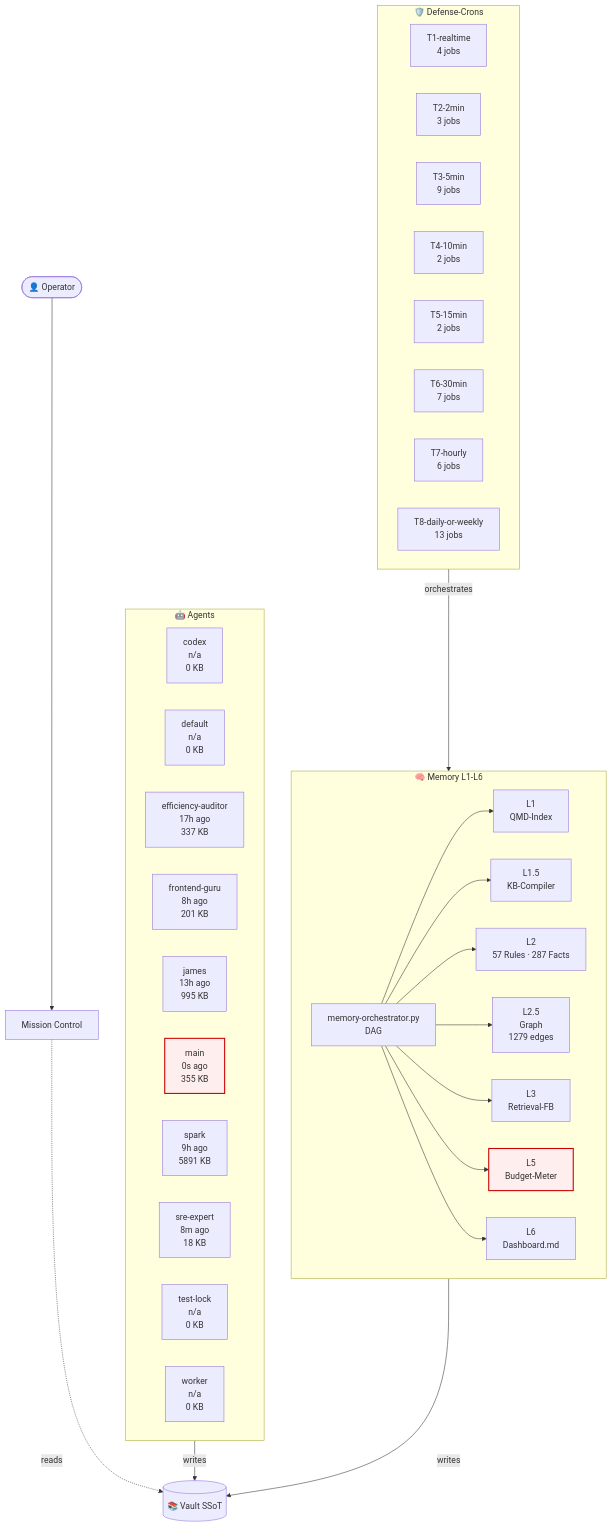
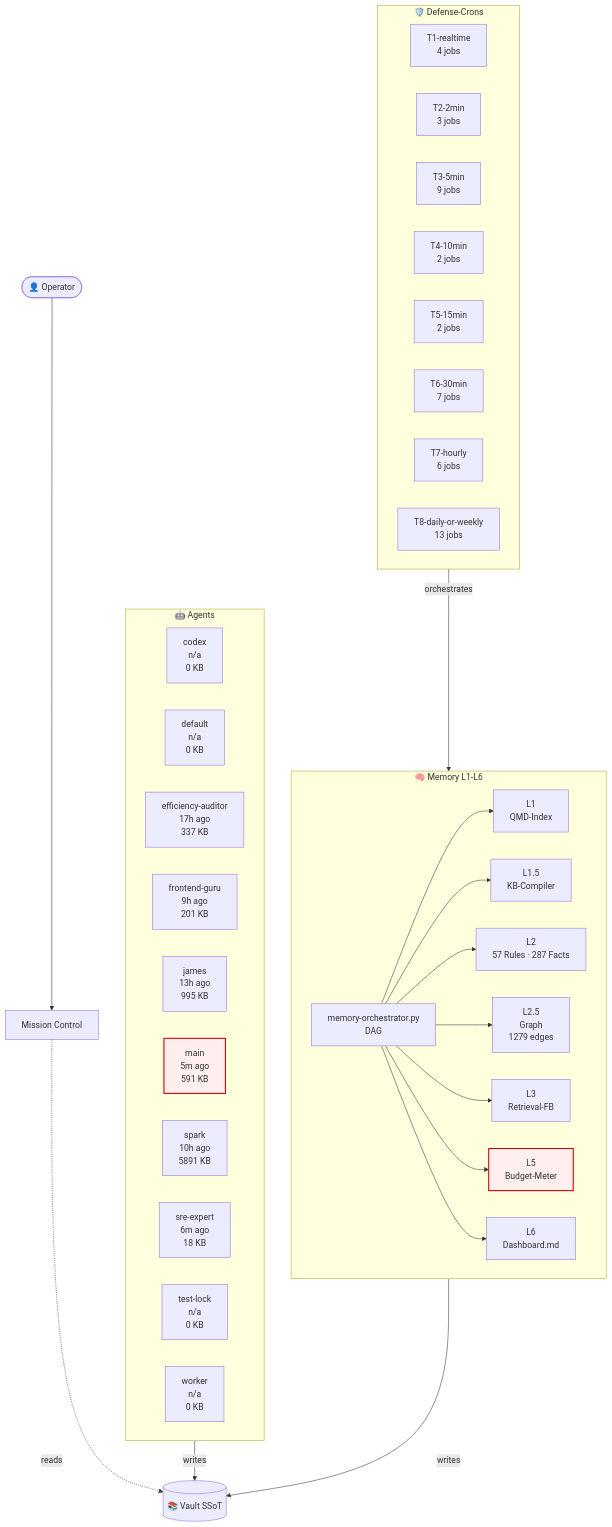
Before and after one commit to lenardhuebner88-rgb/openclaw-memory: the diagram in 03-Agents/architecture-live.md, drawn with Mermaid. The commit also changed other lines of this file and 18 other files, not shown here.

````diff
--- a/03-Agents/architecture-live.md
+++ b/03-Agents/architecture-live.md
@@ -18,53 +18,53 @@
 ```mermaid
 flowchart TB
     classDef critical fill:#fee,stroke:#c00,stroke-width:2px;
     subgraph AGT["🤖 Agents"]
         agent_codex["codex<br/>n/a<br/>0 KB"]
         agent_default["default<br/>n/a<br/>0 KB"]
         agent_efficiency_auditor["efficiency-auditor<br/>17h ago<br/>337 KB"]
-        agent_frontend_guru["frontend-guru<br/>8h ago<br/>201 KB"]
+        agent_frontend_guru["frontend-guru<br/>9h ago<br/>201 KB"]
         agent_james["james<br/>13h ago<br/>995 KB"]
-        agent_main["main<br/>0s ago<br/>355 KB"]
-        agent_spark["spark<br/>9h ago<br/>5891 KB"]
-        agent_sre_expert["sre-expert<br/>8m ago<br/>18 KB"]
+        agent_main["main<br/>5m ago<br/>591 KB"]
+        agent_spark["spark<br/>10h ago<br/>5891 KB"]
+        agent_sre_expert["sre-expert<br/>6m ago<br/>18 KB"]
         agent_test_lock["test-lock<br/>n/a<br/>0 KB"]
         agent_worker["worker<br/>n/a<br/>0 KB"]
     end
     subgraph MEM["🧠 Memory L1-L6"]
         L1["L1<br/>QMD-Index"]
         L15["L1.5<br/>KB-Compiler"]
         L2["L2<br/>57 Rules · 287 Facts"]
         L25["L2.5<br/>Graph<br/>1279 edges"]
         L3["L3<br/>Retrieval-FB"]
         L5["L5<br/>Budget-Meter"]
         L6["L6<br/>Dashboard.md"]
         ORCH["memory-orchestrator.py<br/>DAG"]
     end
     subgraph CRN["🛡️ Defense-Crons"]
         tier_T1_realtime["T1-realtime<br/>4 jobs"]
         tier_T2_2min["T2-2min<br/>3 jobs"]
         tier_T3_5min["T3-5min<br/>9 jobs"]
         tier_T4_10min["T4-10min<br/>2 jobs"]
         tier_T5_15min["T5-15min<br/>2 jobs"]
         tier_T6_30min["T6-30min<br/>7 jobs"]
         tier_T7_hourly["T7-hourly<br/>6 jobs"]
         tier_T8_daily_or_weekly["T8-daily-or-weekly<br/>13 jobs"]
     end
     VAULT[("📚 Vault SSoT")]
     OP([👤 Operator])
     MC["Mission Control"]
     OP --> MC
     MC -.reads.-> VAULT
     AGT -->|writes| VAULT
     MEM -->|writes| VAULT
     ORCH --> L1
     ORCH --> L15
     ORCH --> L2
     ORCH --> L25
     ORCH --> L3
     ORCH --> L5
     ORCH --> L6
     CRN -->|orchestrates| MEM
     class L5 critical
     class agent_main critical
 ```
````
